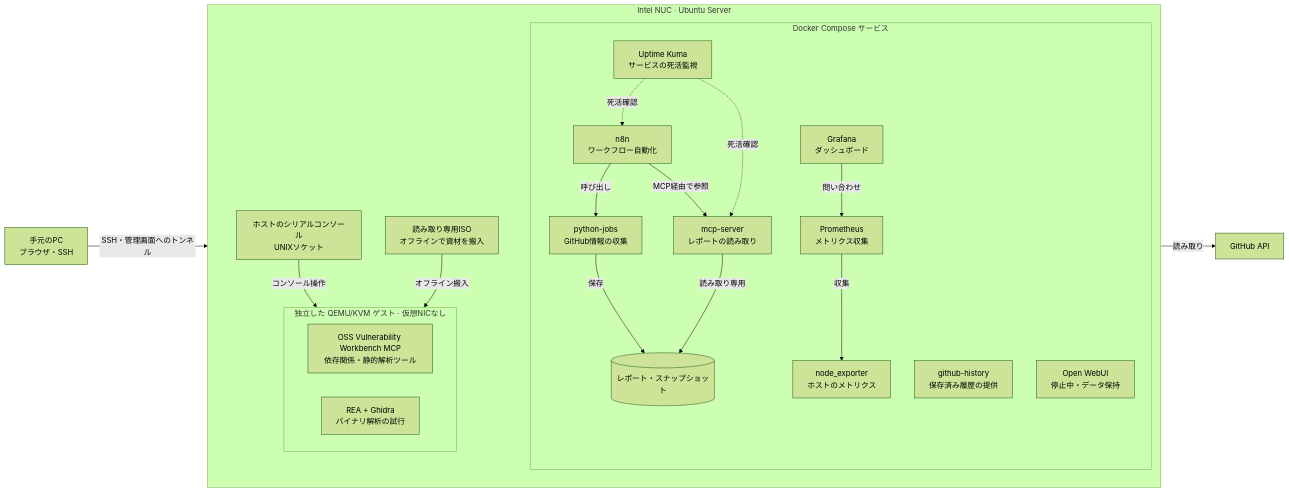
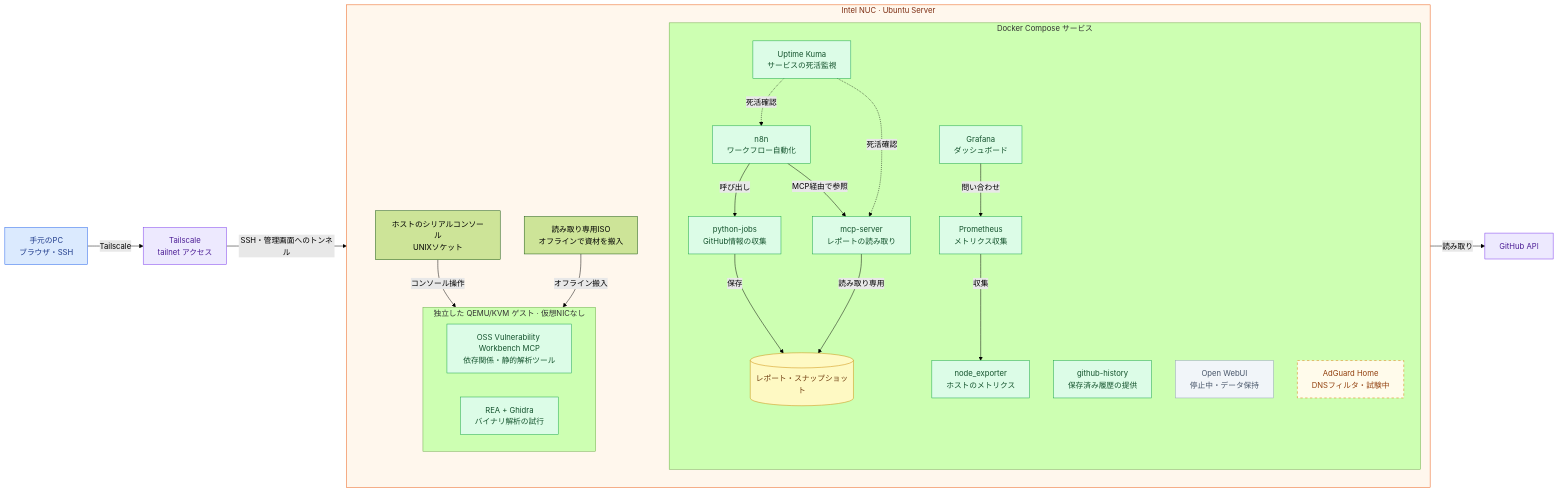
The diagram in README.ja.md (moruku36/home-ai-engineering-lab), drawn with Mermaid (forest theme) before and after one commit. The commit also changed other lines of this file and 2 other files, not shown here.

Commit message:
README: color architecture diagram, add larger-view PNG links and repository map; mark architecture.md as the 2026-10-15 detail reference

````diff
--- a/README.ja.md
+++ b/README.ja.md
@@ -11,38 +11,55 @@
 ```mermaid
 flowchart LR
   PC["手元のPC<br/>ブラウザ・SSH"]
   GH["GitHub API"]
+  TS["Tailscale<br/>tailnet アクセス"]
   subgraph HOST["Intel NUC · Ubuntu Server"]
     direction TB
     subgraph DOCKER["Docker Compose サービス"]
       N8N["n8n<br/>ワークフロー自動化"]
       JOBS["python-jobs<br/>GitHub情報の収集"]
       MCP["mcp-server<br/>レポートの読み取り"]
       HIST["github-history<br/>保存済み履歴の提供"]
       KUMA["Uptime Kuma<br/>サービスの死活監視"]
       NODE["node_exporter<br/>ホストのメトリクス"]
       PROM["Prometheus<br/>メトリクス収集"]
       GRAF["Grafana<br/>ダッシュボード"]
       DATA[("レポート・スナップショット")]
       WEB["Open WebUI<br/>停止中・データ保持"]
+      ADG["AdGuard Home<br/>DNSフィルタ・試験中"]
     end
     subgraph VM["独立した QEMU/KVM ゲスト · 仮想NICなし"]
       WB["OSS Vulnerability Workbench MCP<br/>依存関係・静的解析ツール"]
       REA["REA + Ghidra<br/>バイナリ解析の試行"]
     end
     CONSOLE["ホストのシリアルコンソール<br/>UNIXソケット"]
     ISO["読み取り専用ISO<br/>オフラインで資材を搬入"]
   end
-  PC -->|"SSH・管理画面へのトンネル"| HOST
+  PC -->|"Tailscale"| TS
+  TS -->|"SSH・管理画面へのトンネル"| HOST
   N8N -->|"呼び出し"| JOBS
   JOBS -->|"読み取り"| GH
   JOBS -->|"保存"| DATA
   N8N -->|"MCP経由で参照"| MCP
   MCP -->|"読み取り専用"| DATA
   PROM -->|"収集"| NODE
   GRAF -->|"問い合わせ"| PROM
   KUMA -.->|"死活確認"| N8N
   KUMA -.->|"死活確認"| MCP
   CONSOLE -->|"コンソール操作"| VM
   ISO -->|"オフライン搬入"| VM
+
+  classDef user fill:#dbeafe,stroke:#2563eb,color:#1e3a8a
+  classDef svc fill:#dcfce7,stroke:#16a34a,color:#14532d
+  classDef ext fill:#ede9fe,stroke:#7c3aed,color:#4c1d95
+  classDef store fill:#fef9c3,stroke:#ca8a04,color:#713f12
+  classDef stopped fill:#f1f5f9,stroke:#94a3b8,color:#475569
+  classDef trial fill:#fffbeb,stroke:#d97706,color:#92400e,stroke-dasharray:5 5
+  class PC user
+  class GH,TS ext
+  class N8N,JOBS,MCP,HIST,KUMA,NODE,PROM,GRAF,WB,REA svc
+  class DATA store
+  class WEB stopped
+  class ADG trial
+  style HOST fill:#fff7ed,stroke:#ea580c,color:#7c2d12
 ```
````
